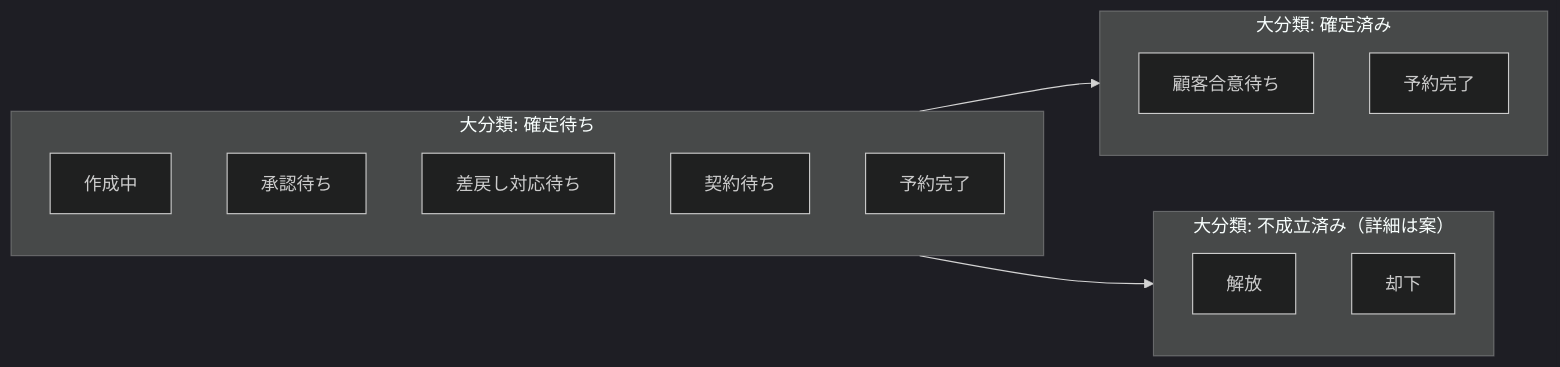
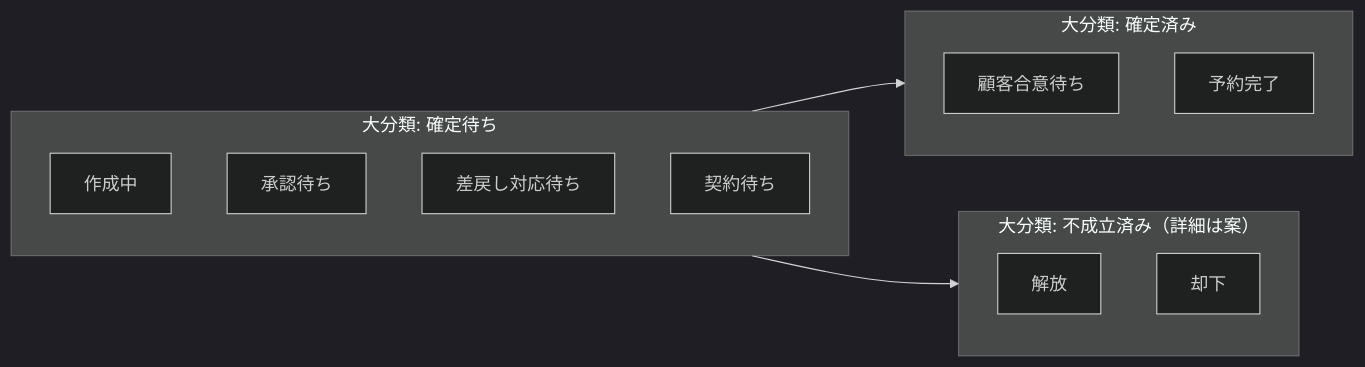
One commit to keisuke-ota-adc/AutoAssignAgent changed the third of 5 diagrams in docs/data-model-flowchart.md. Above: the diagram before and after it, drawn with Mermaid (dark theme). The commit also changed 1 other file, not shown here.

Commit message:
docs: 予約・稼働割当ステータスとデータモデル説明を更新

````diff
--- a/docs/data-model-flowchart.md
+++ b/docs/data-model-flowchart.md
@@ -96,23 +96,22 @@
 ```mermaid
 flowchart LR
   subgraph r1["大分類: 確定待ち"]
     direction TB
     r1d[作成中]
     r1a[承認待ち]
     r1b[差戻し対応待ち]
     r1c[契約待ち]
-    r1e[予約完了]
   end
   subgraph r2["大分類: 確定済み"]
     direction TB
     r2a[顧客合意待ち]
     r2b[予約完了]
   end
   subgraph r3["大分類: 不成立済み（詳細は案）"]
     direction TB
     r3a[解放]
     r3b[却下]
   end
   r1 --> r2
   r1 --> r3
 ```
````
